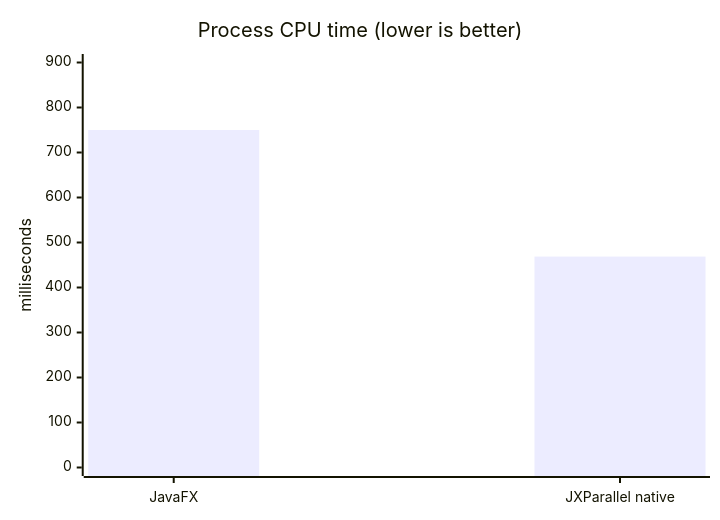
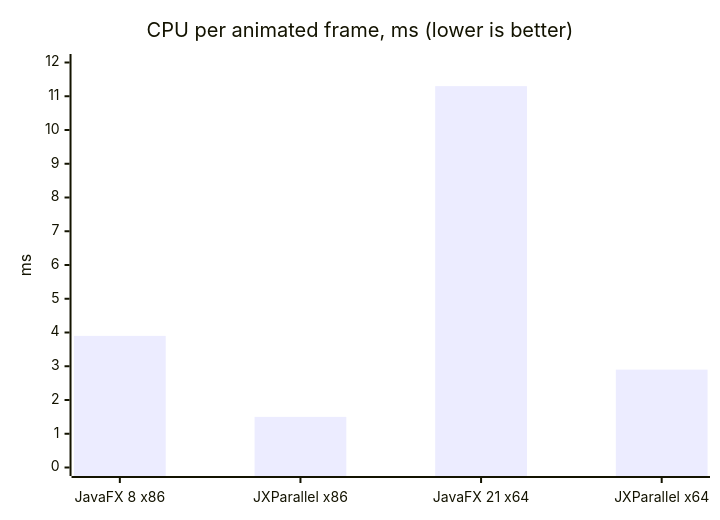
The fifth of 6 diagrams in README.md (Bacuriim/JXParallel), drawn with Mermaid before and after one commit. The commit also changed other lines of this file and 4 other files, not shown here.

````diff
--- a/README.md
+++ b/README.md
@@ -273,7 +366,7 @@
 ```mermaid
 xychart-beta
-    title "Process CPU time (lower is better)"
-    x-axis ["JavaFX", "JXParallel native"]
-    y-axis "milliseconds" 0 --> 900
-    bar [750.000, 468.750]
+    title "CPU per animated frame, ms (lower is better)"
+    x-axis ["JavaFX 8 x86", "JXParallel x86", "JavaFX 21 x64", "JXParallel x64"]
+    y-axis "ms" 0 --> 12
+    bar [3.9, 1.5, 11.3, 2.9]
 ```
````
